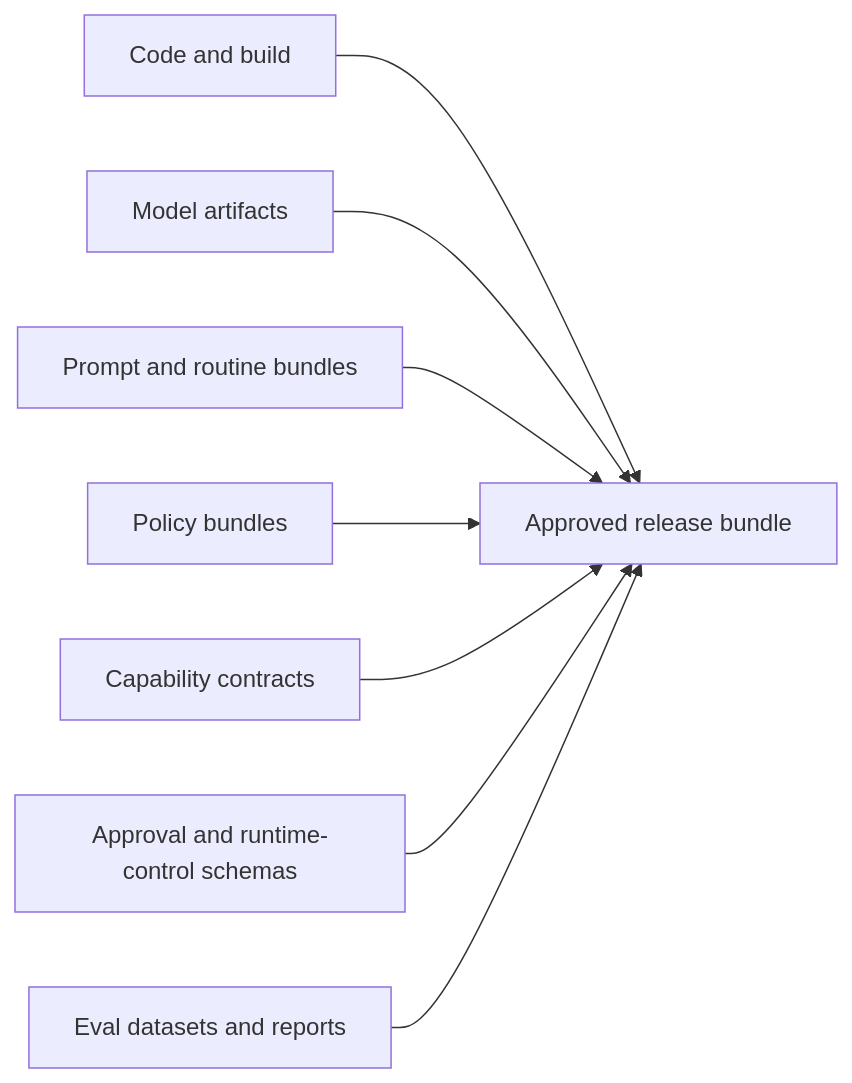
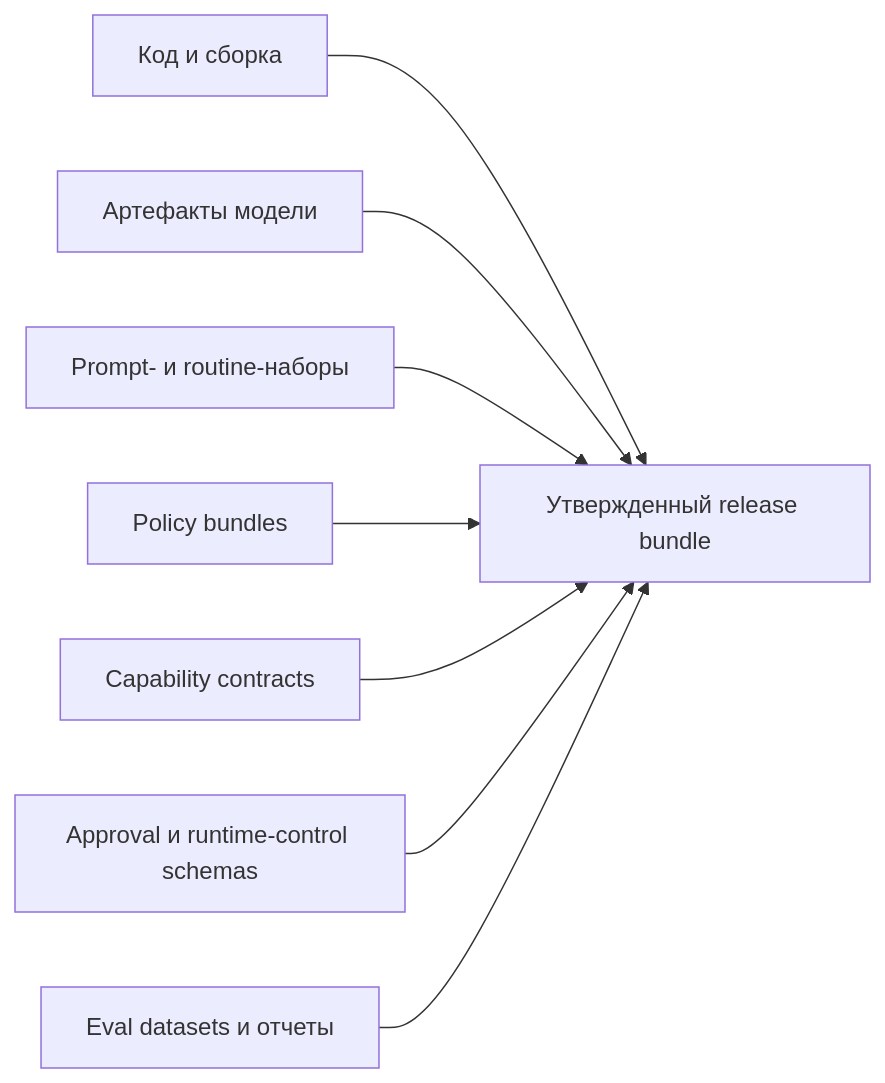
The diagram in docs/book/part-viii/chapter-22.md (agent-axiom/agent-arch), drawn with Mermaid before and after one commit. The commit also changed other lines of this file, not shown here.

````diff
--- a/docs/book/part-viii/chapter-22.md
+++ b/docs/book/part-viii/chapter-22.md
@@ -120,10 +120,10 @@
 ``` mermaid
 flowchart LR
-    A["Code and build"] --> G["Approved release bundle"]
-    B["Model artifacts"] --> G
-    C["Prompt and routine bundles"] --> G
+    A["Код и сборка"] --> G["Утвержденный release bundle"]
+    B["Артефакты модели"] --> G
+    C["Prompt- и routine-наборы"] --> G
     D["Policy bundles"] --> G
     E["Capability contracts"] --> G
-    F["Approval and runtime-control schemas"] --> G
-    H["Eval datasets and reports"] --> G
+    F["Approval и runtime-control schemas"] --> G
+    H["Eval datasets и отчеты"] --> G
 ```
````
